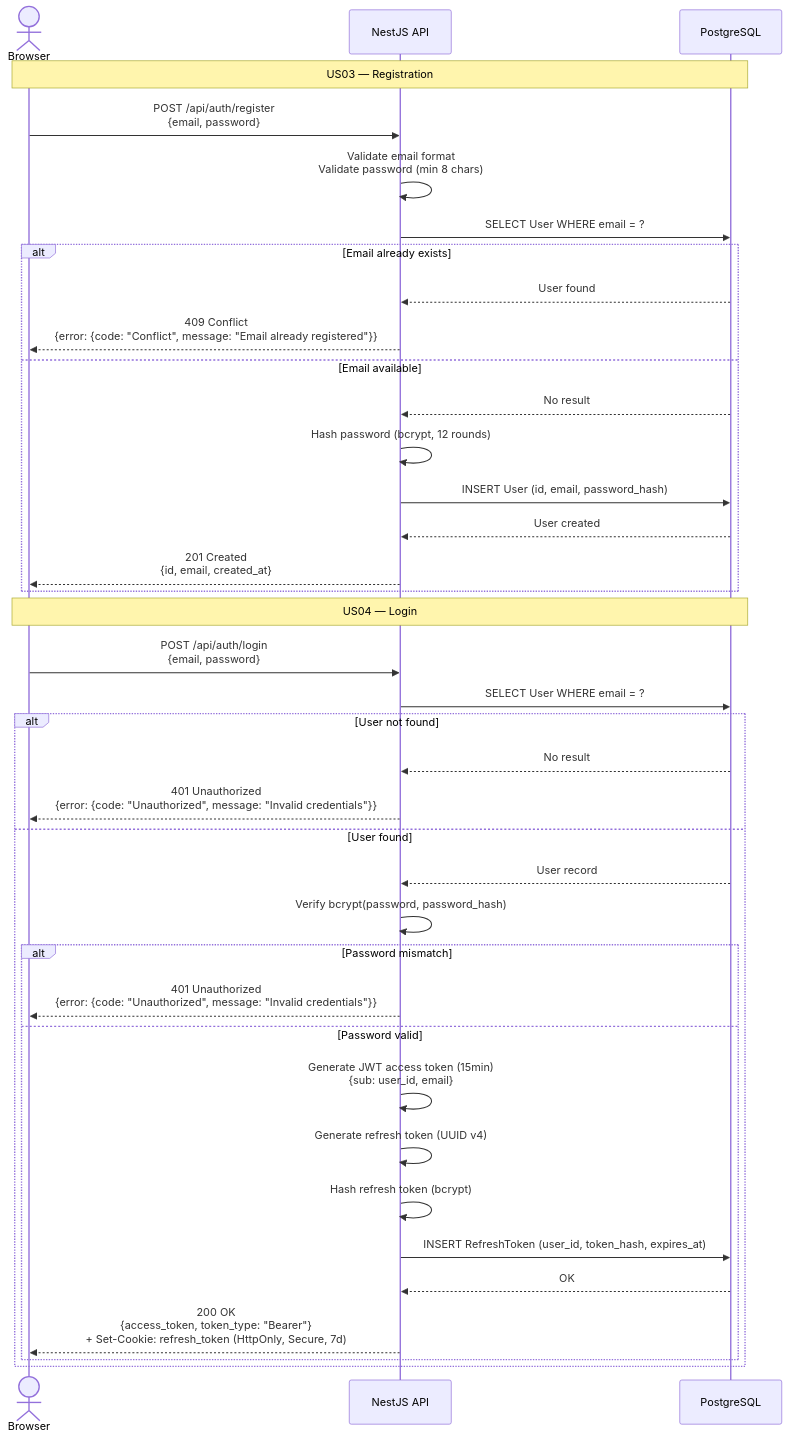
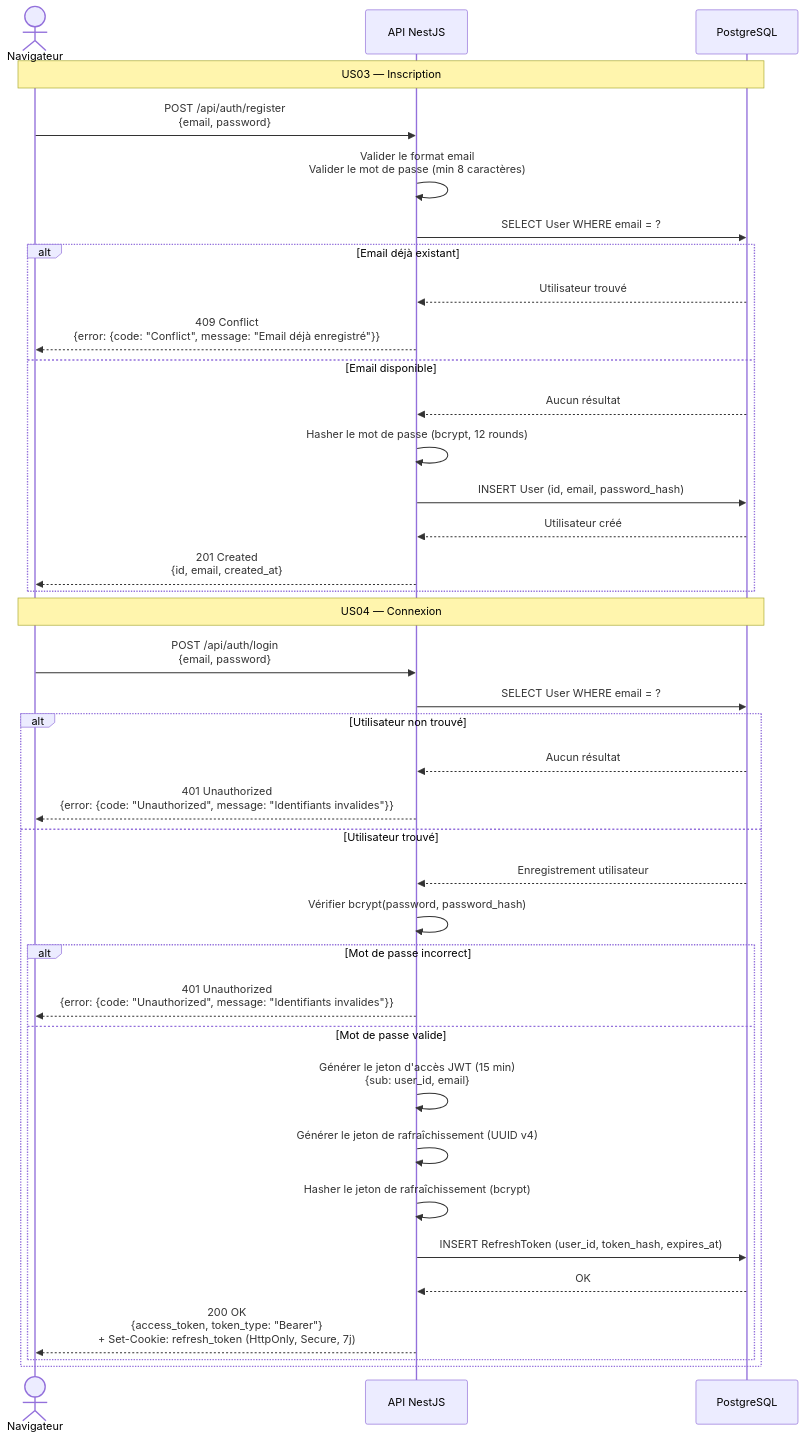
One commit to OC-Expert-DevOps/P3-OC-software-development-management changed the first of 8 diagrams in docs/architecture/03-sequence-diagrams.md. Above: the diagram before and after it, drawn with Mermaid. The commit also changed other lines of this file and 21 other files, not shown here.

````diff
--- a/docs/architecture/03-sequence-diagrams.md
+++ b/docs/architecture/03-sequence-diagrams.md
@@ -5,42 +5,42 @@
 ```mermaid
 sequenceDiagram
-    actor User as Browser
-    participant API as NestJS API
+    actor User as Navigateur
+    participant API as API NestJS
     participant DB as PostgreSQL
 
-    Note over User, DB: US03 — Registration
+    Note over User, DB: US03 — Inscription
     User->>API: POST /api/auth/register<br/>{email, password}
-    API->>API: Validate email format<br/>Validate password (min 8 chars)
+    API->>API: Valider le format email<br/>Valider le mot de passe (min 8 caractères)
     API->>DB: SELECT User WHERE email = ?
-    alt Email already exists
-        DB-->>API: User found
-        API-->>User: 409 Conflict<br/>{error: {code: "Conflict", message: "Email already registered"}}
-    else Email available
-        DB-->>API: No result
-        API->>API: Hash password (bcrypt, 12 rounds)
+    alt Email déjà existant
+        DB-->>API: Utilisateur trouvé
+        API-->>User: 409 Conflict<br/>{error: {code: "Conflict", message: "Email déjà enregistré"}}
+    else Email disponible
+        DB-->>API: Aucun résultat
+        API->>API: Hasher le mot de passe (bcrypt, 12 rounds)
         API->>DB: INSERT User (id, email, password_hash)
-        DB-->>API: User created
+        DB-->>API: Utilisateur créé
         API-->>User: 201 Created<br/>{id, email, created_at}
     end
 
-    Note over User, DB: US04 — Login
+    Note over User, DB: US04 — Connexion
     User->>API: POST /api/auth/login<br/>{email, password}
     API->>DB: SELECT User WHERE email = ?
-    alt User not found
-        DB-->>API: No result
-        API-->>User: 401 Unauthorized<br/>{error: {code: "Unauthorized", message: "Invalid credentials"}}
-    else User found
-        DB-->>API: User record
-        API->>API: Verify bcrypt(password, password_hash)
-        alt Password mismatch
-            API-->>User: 401 Unauthorized<br/>{error: {code: "Unauthorized", message: "Invalid credentials"}}
-        else Password valid
-            API->>API: Generate JWT access token (15min)<br/>{sub: user_id, email}
-            API->>API: Generate refresh token (UUID v4)
-            API->>API: Hash refresh token (bcrypt)
+    alt Utilisateur non trouvé
+        DB-->>API: Aucun résultat
+        API-->>User: 401 Unauthorized<br/>{error: {code: "Unauthorized", message: "Identifiants invalides"}}
+    else Utilisateur trouvé
+        DB-->>API: Enregistrement utilisateur
+        API->>API: Vérifier bcrypt(password, password_hash)
+        alt Mot de passe incorrect
+            API-->>User: 401 Unauthorized<br/>{error: {code: "Unauthorized", message: "Identifiants invalides"}}
+        else Mot de passe valide
+            API->>API: Générer le jeton d'accès JWT (15 min)<br/>{sub: user_id, email}
+            API->>API: Générer le jeton de rafraîchissement (UUID v4)
+            API->>API: Hasher le jeton de rafraîchissement (bcrypt)
             API->>DB: INSERT RefreshToken (user_id, token_hash, expires_at)
             DB-->>API: OK
-            API-->>User: 200 OK<br/>{access_token, token_type: "Bearer"}<br/>+ Set-Cookie: refresh_token (HttpOnly, Secure, 7d)
+            API-->>User: 200 OK<br/>{access_token, token_type: "Bearer"}<br/>+ Set-Cookie: refresh_token (HttpOnly, Secure, 7j)
         end
     end
 ```
````
